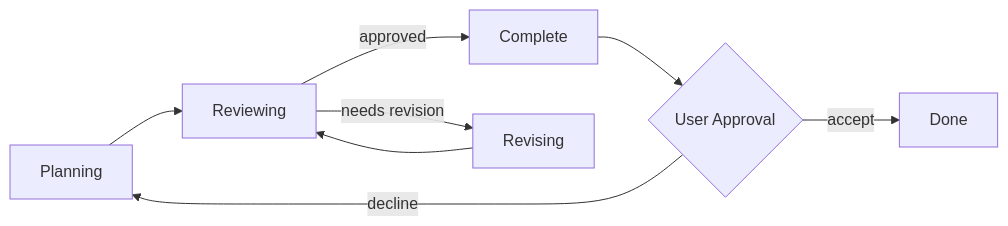
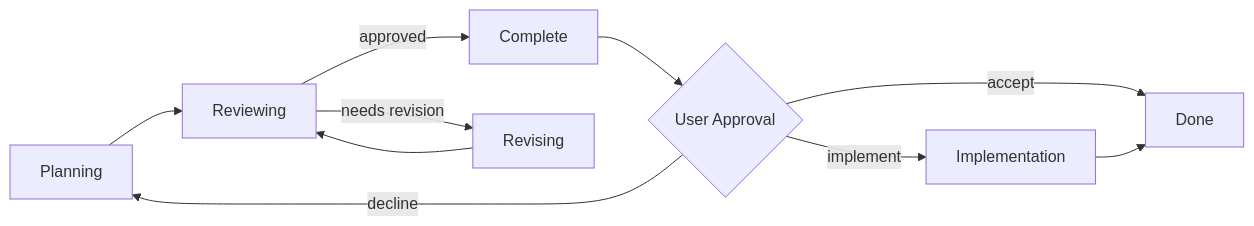
Before and after one commit to metjm/planning-agent: the first of 2 diagrams in README.md, drawn with Mermaid. The commit also changed other lines of this file and 107 other files, not shown here.

````diff
--- a/README.md
+++ b/README.md
@@ -7,10 +7,12 @@
 ```mermaid
 flowchart LR
     P[Planning] --> R[Reviewing]
     R -->|approved| C[Complete]
     R -->|needs revision| V[Revising]
     V --> R
     C --> U{User Approval}
     U -->|accept| Done
     U -->|decline| P
+    U -->|implement| I[Implementation]
+    I --> Done
 ```
````
